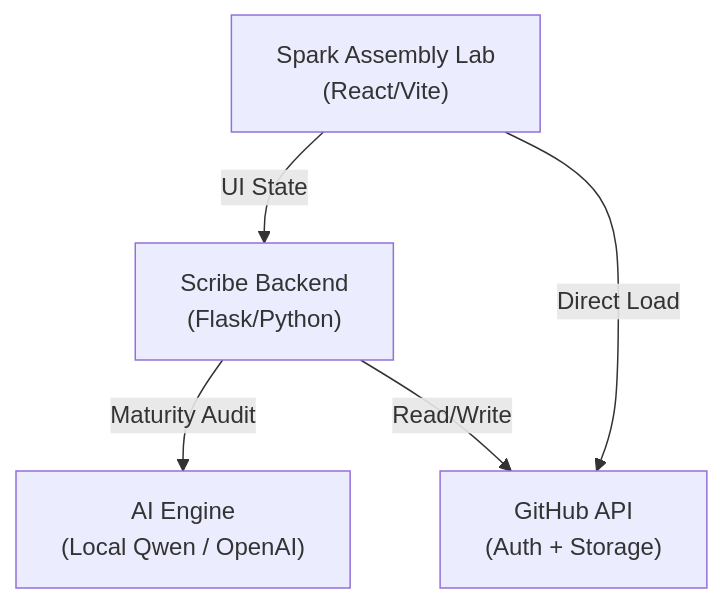
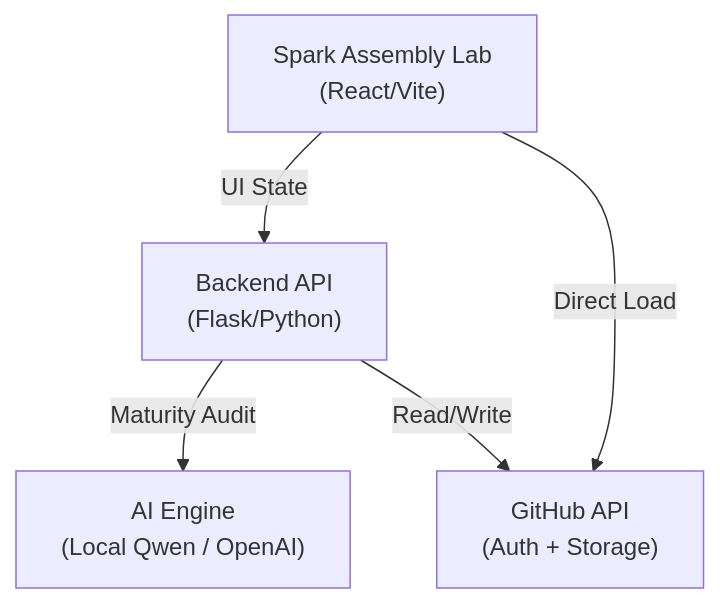
Before and after one commit to rvishravars/thecommons: the diagram in README.md, drawn with Mermaid. The commit also changed other lines of this file and 7 other files, not shown here.

````diff
--- a/README.md
+++ b/README.md
@@ -57,12 +56,12 @@
 ```mermaid
 graph TB
     A["Spark Assembly Lab<br/>(React/Vite)"]
-    B["Scribe Backend<br/>(Flask/Python)"]
+    B["Backend API<br/>(Flask/Python)"]
     C["AI Engine<br/>(Local Qwen / OpenAI)"]
     D["GitHub API<br/>(Auth + Storage)"]
     
     A -->|UI State| B
     B -->|Maturity Audit| C
     B -->|Read/Write| D
     A -->|Direct Load| D
 ```
````
